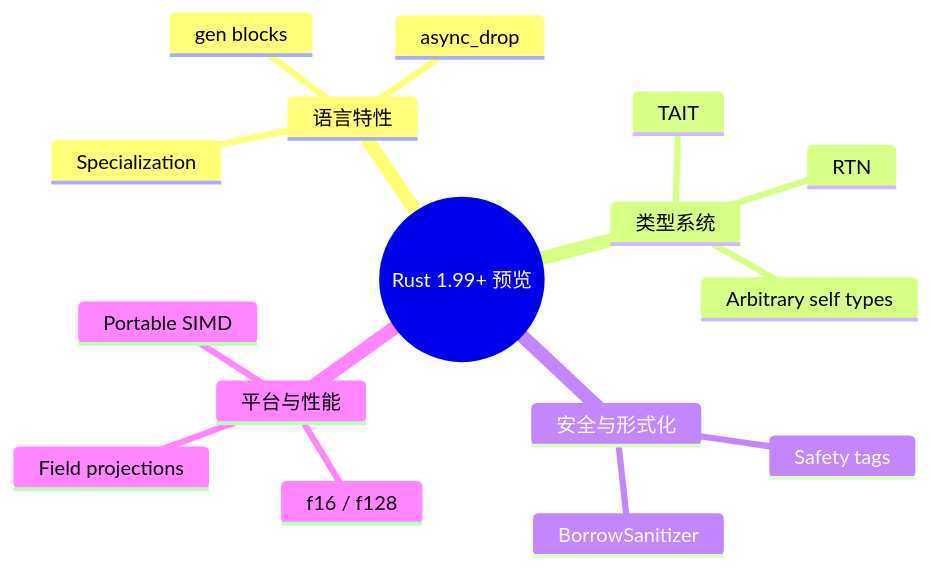
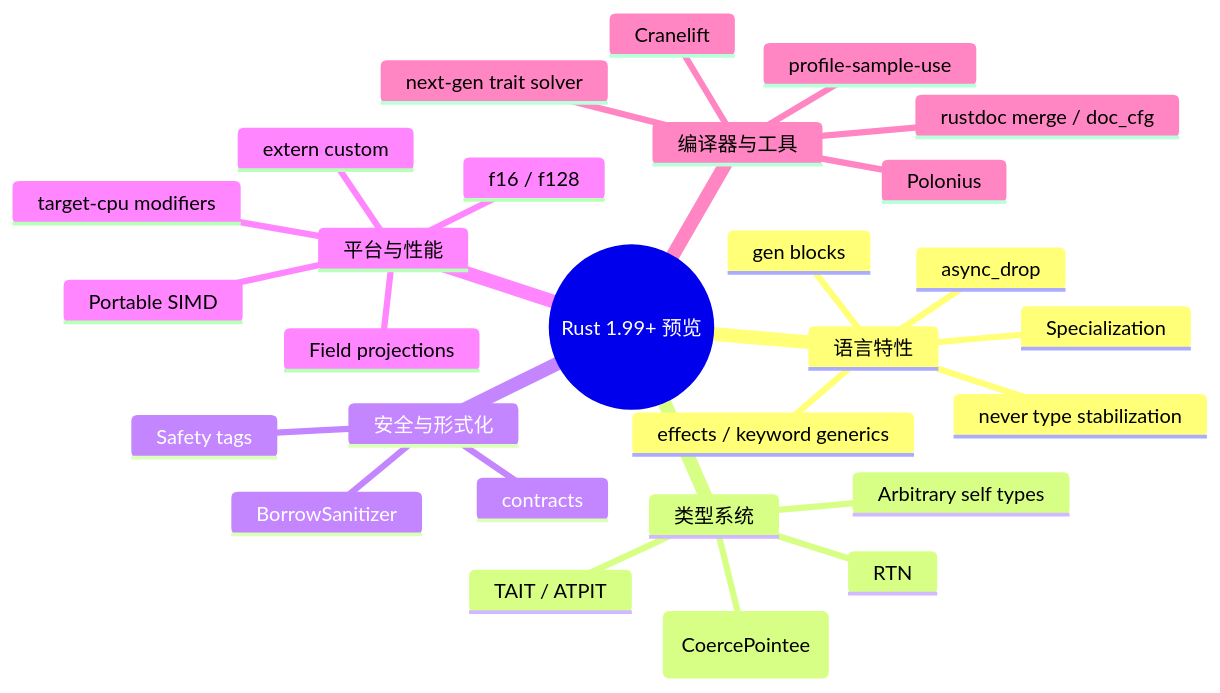
One commit to martin-ly/rust-lang changed the diagram in concept/07_future/00_version_tracking/rust_1_99_preview.md. Above: the diagram before and after it, drawn with Mermaid. The commit also changed other lines of this file and 18 other files, not shown here.

````diff
--- a/concept/07_future/00_version_tracking/rust_1_99_preview.md
+++ b/concept/07_future/00_version_tracking/rust_1_99_preview.md
@@ -41,19 +42,31 @@
 ```mermaid
 mindmap
   root((Rust 1.99+ 预览))
     语言特性
       gen blocks
       async_drop
       Specialization
+      effects / keyword generics
+      never type stabilization
     类型系统
-      TAIT
+      TAIT / ATPIT
       RTN
       Arbitrary self types
+      derive(CoercePointee)
     安全与形式化
       Safety tags
       BorrowSanitizer
+      contracts
     平台与性能
       f16 / f128
       Portable SIMD
       Field projections
+      extern custom
+      target-cpu modifiers
+    编译器与工具
+      next-gen trait solver
+      Polonius
+      Cranelift
+      rustdoc merge / doc_cfg
+      profile-sample-use
 ```
````
